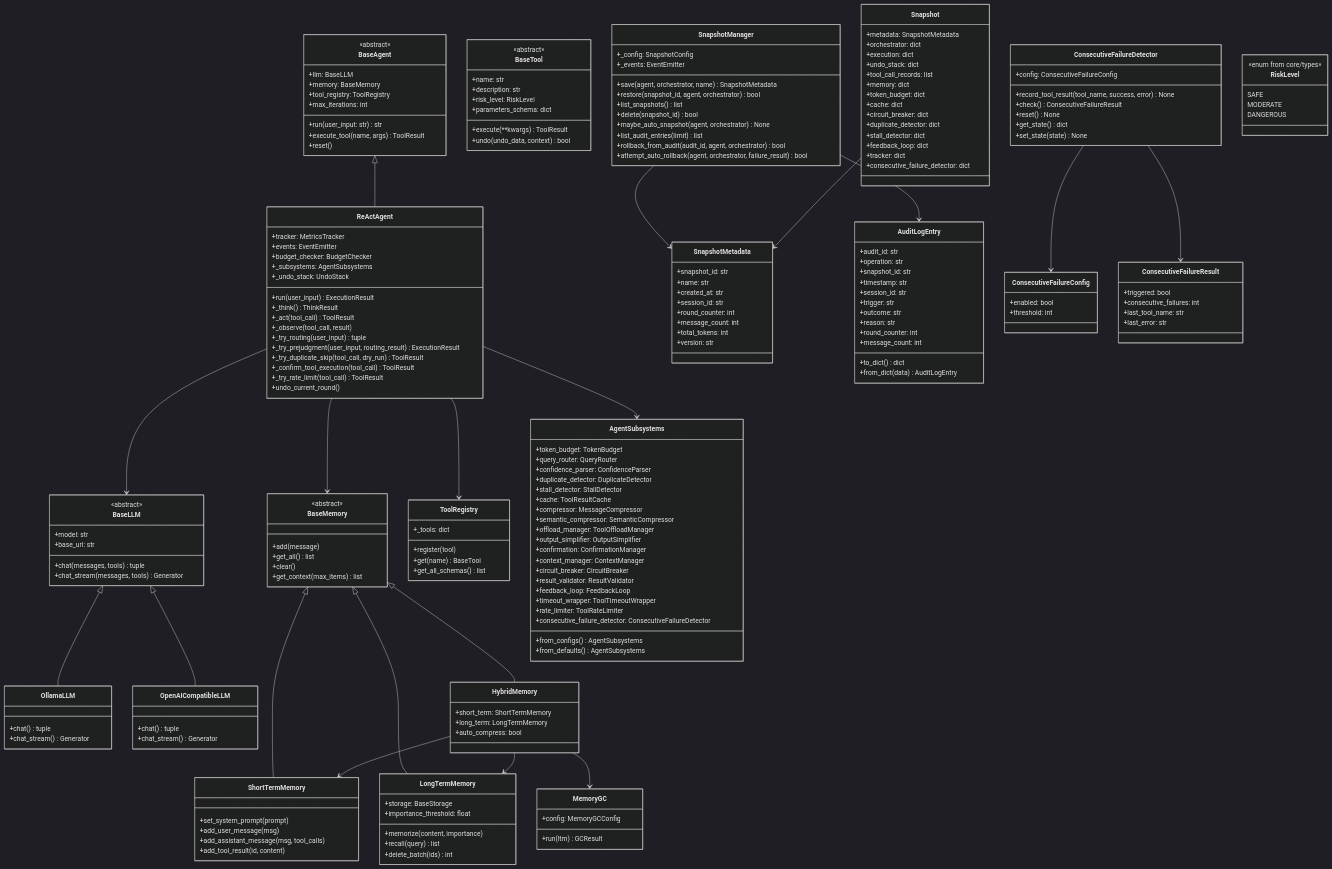
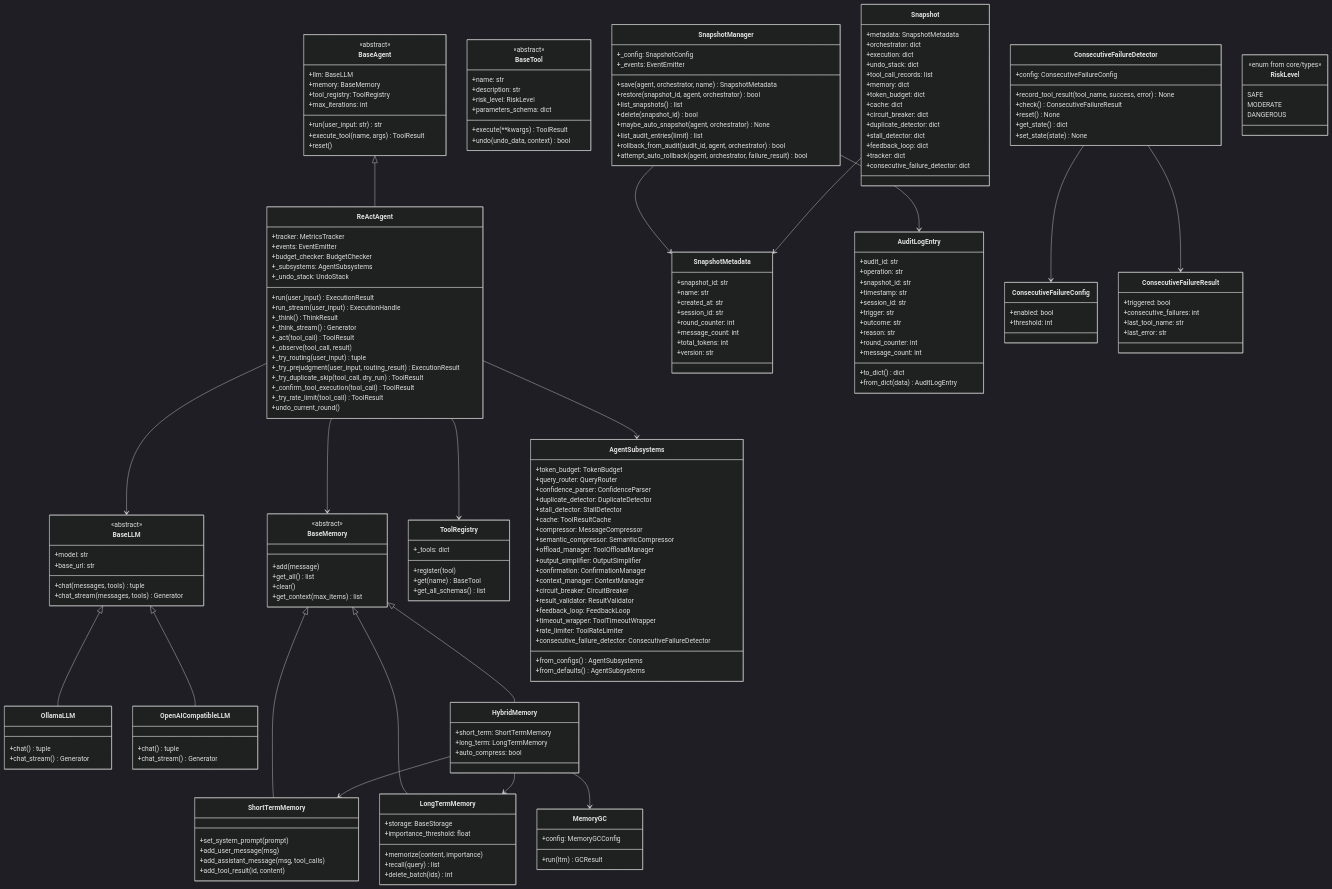
The second of 4 diagrams in docs/architecture.md (Tobytywang/NanoAgent), drawn with Mermaid (dark theme) before and after one commit. The commit also changed other lines of this file and 16 other files, not shown here.

```diff
--- a/docs/architecture.md
+++ b/docs/architecture.md
@@ -128,7 +128,9 @@
         +_subsystems: AgentSubsystems
         +_undo_stack: UndoStack
         +run(user_input) ExecutionResult
+        +run_stream(user_input) ExecutionHandle
         +_think() ThinkResult
+        +_think_stream() Generator
         +_act(tool_call) ToolResult
         +_observe(tool_call, result)
         +_try_routing(user_input) tuple
```
